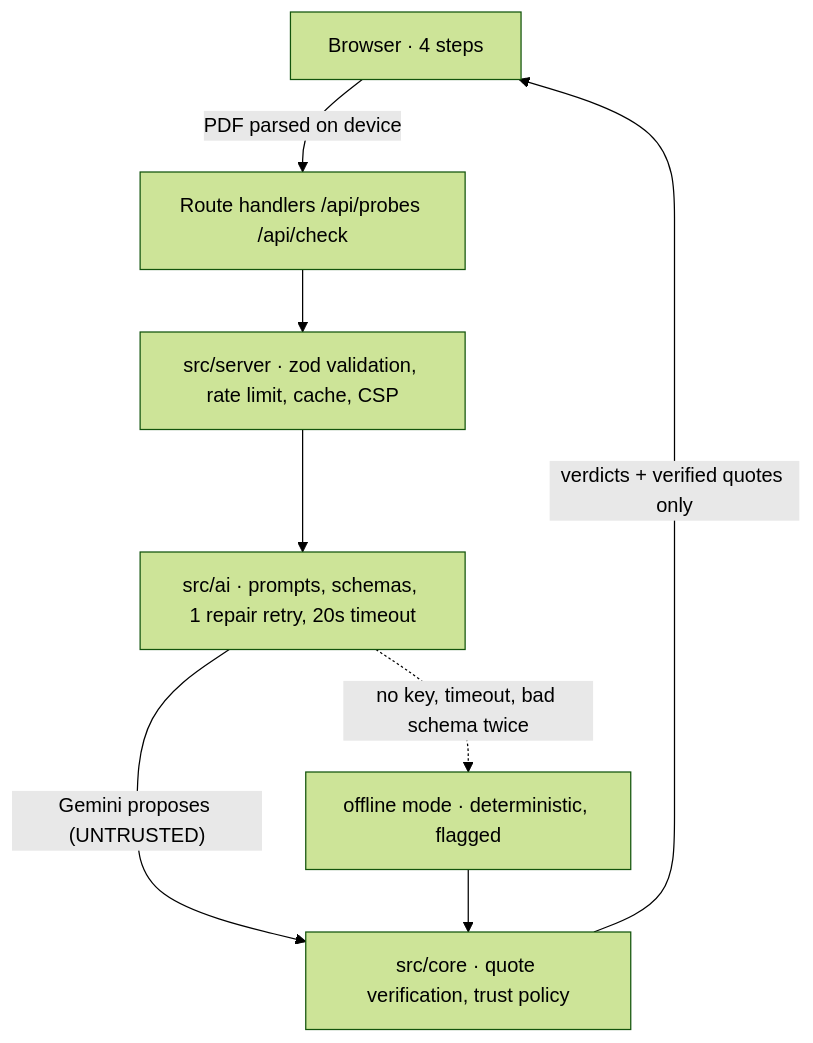
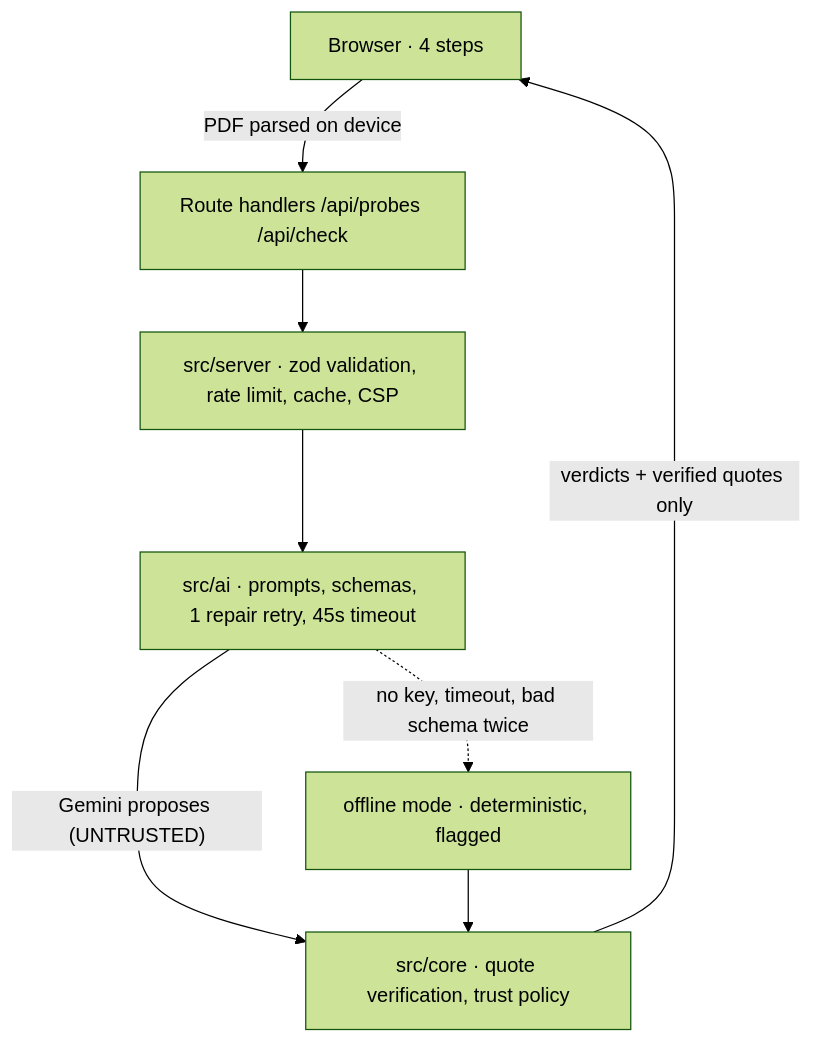
One commit to Shreekumar-Shah-AICTE/kasauti changed the diagram in README.md. Above: the diagram before and after it, drawn with Mermaid (forest theme). The commit also changed other lines of this file and 5 other files, not shown here.

````diff
--- a/README.md
+++ b/README.md
@@ -67,10 +67,10 @@
 ```mermaid
 flowchart TD
     U["Browser · 4 steps"] -->|"PDF parsed on device"| API["Route handlers /api/probes /api/check"]
     API --> SRV["src/server · zod validation, rate limit, cache, CSP"]
-    SRV --> AI["src/ai · prompts, schemas, 1 repair retry, 20s timeout"]
+    SRV --> AI["src/ai · prompts, schemas, 1 repair retry, 45s timeout"]
     AI -->|"Gemini proposes (UNTRUSTED)"| CORE["src/core · quote verification, trust policy"]
     CORE -->|"verdicts + verified quotes only"| U
     AI -.->|"no key, timeout, bad schema twice"| OFF["offline mode · deterministic, flagged"]
     OFF --> CORE
 ```
````
